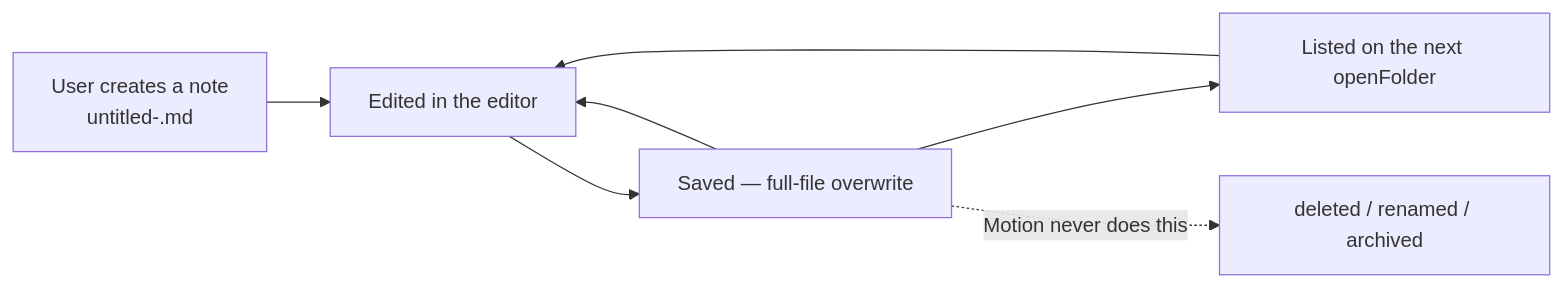
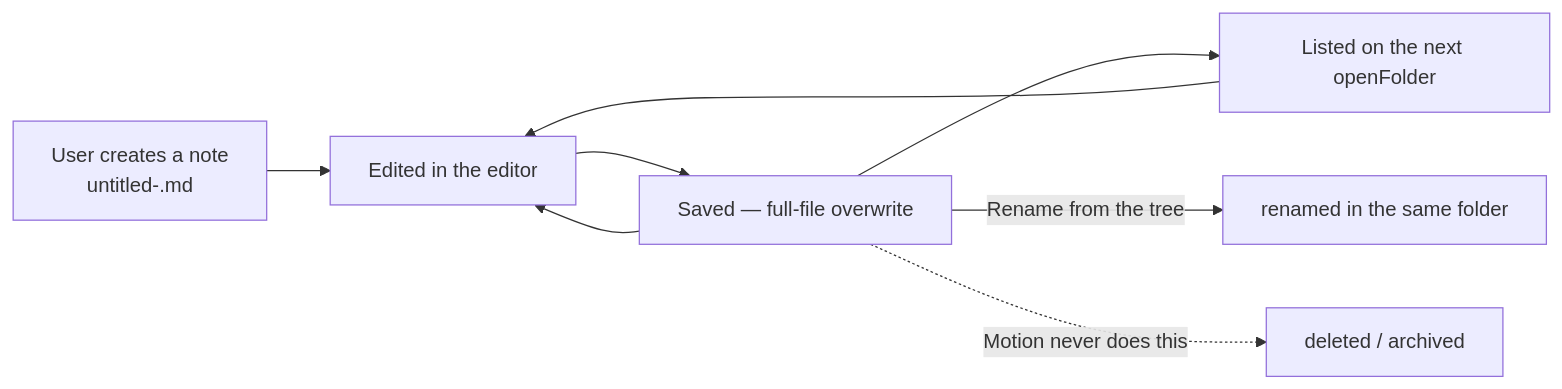
Before and after one commit to SpillwaveSolutions/motion: diagram 22 of 24 in docs/designs/current_design_doc.md, drawn with Mermaid. The commit also changed other lines of this file and 40 other files, not shown here.

````diff
--- a/docs/designs/current_design_doc.md
+++ b/docs/designs/current_design_doc.md
@@ -2618,9 +2623,10 @@
 ```mermaid
 flowchart LR
     A["User creates a note<br/>untitled-<timestamp>.md"] --> B["Edited in the editor"]
     B --> C["Saved — full-file overwrite"]
     C --> B
     C --> D["Listed on the next openFolder"]
     D --> B
-    C -.->|"Motion never does this"| E["deleted / renamed / archived"]
+    C -->|"Rename from the tree"| R["renamed in the same folder"]
+    C -.->|"Motion never does this"| E["deleted / archived"]
 ```
````
